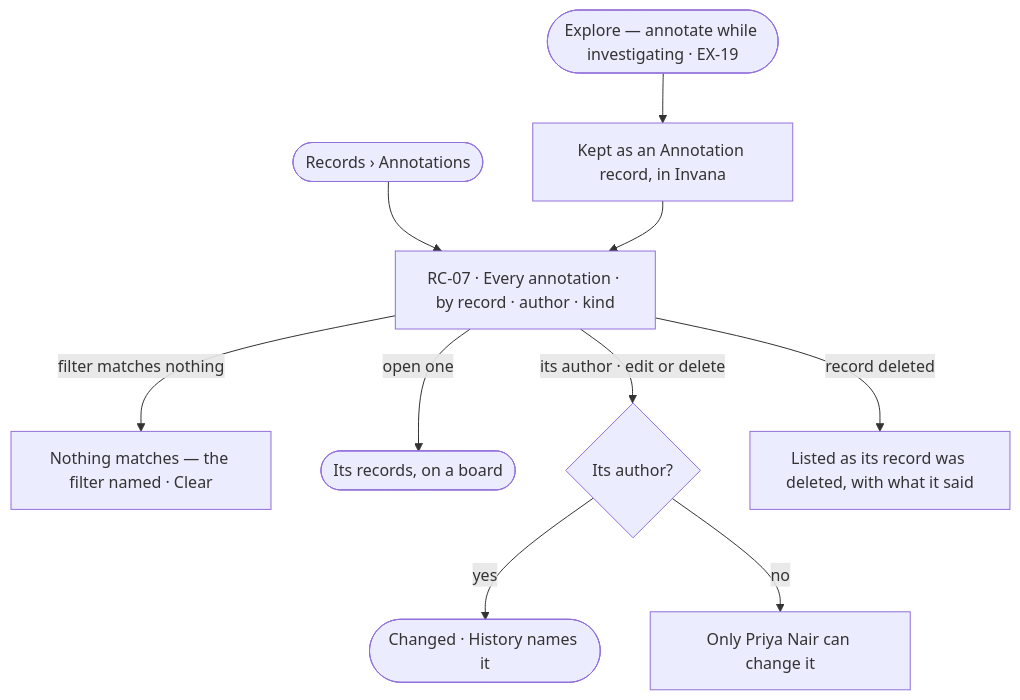
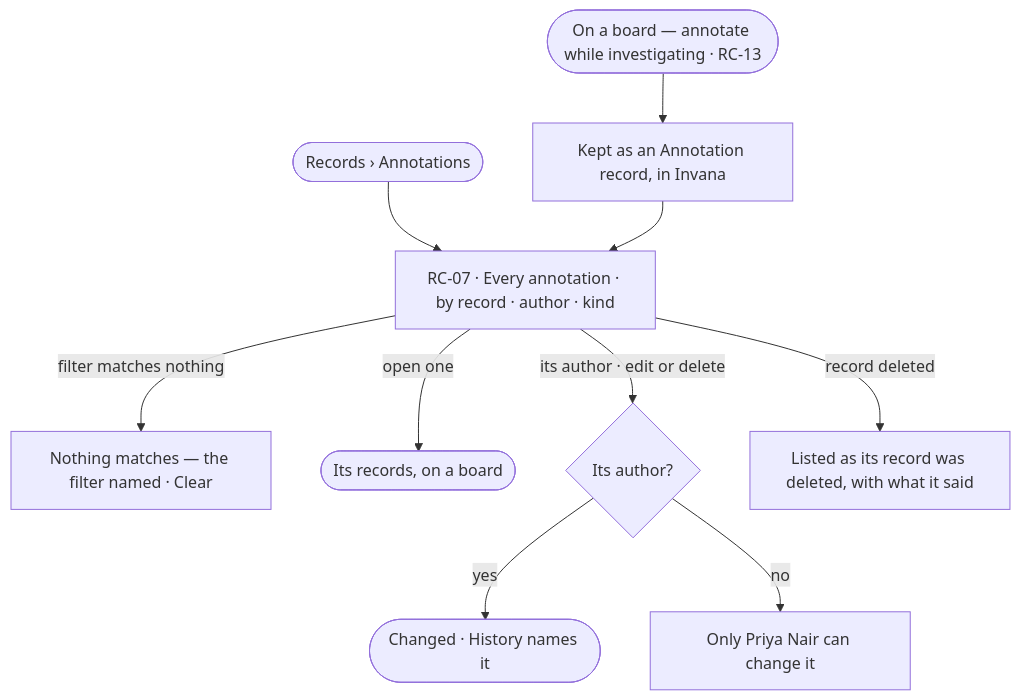
One commit to invana/invana changed the diagram in specs/capabilities/records/features/RC-F07-annotations/feature.md. Above: the diagram before and after it, drawn with Mermaid. The commit also changed other lines of this file and 522 other files, not shown here.

````diff
--- a/specs/capabilities/records/features/RC-F07-annotations/feature.md
+++ b/specs/capabilities/records/features/RC-F07-annotations/feature.md
@@ -24,12 +24,12 @@
 ```mermaid
 flowchart TD
-  ex([Explore — annotate while investigating · EX-19]) --> keep["Kept as an Annotation record, in Invana"]
+  ex([On a board — annotate while investigating · RC-13]) --> keep["Kept as an Annotation record, in Invana"]
   start([Records › Annotations]) --> list["RC-07 · Every annotation · by record · author · kind"]
   keep --> list
   list -->|filter matches nothing| ef["Nothing matches — the filter named · Clear"]
   list -->|open one| rec(["Its records, on a board"])
   list -->|its author · edit or delete| ed{Its author?}
   ed -->|yes| done(["Changed · History names it"])
   ed -->|no| no["Only Priya Nair can change it"]
   list -->|record deleted| gone["Listed as its record was deleted, with what it said"]
 ```
````
